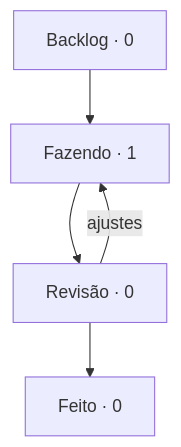
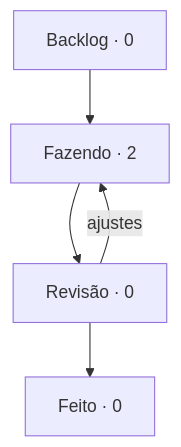
One commit to StudioVibi/VibiKanban changed the diagram in boards/harness/BOARD.md. Above: the diagram before and after it, drawn with Mermaid. The commit also changed other lines of this file and 2 other files, not shown here.

````diff
--- a/boards/harness/BOARD.md
+++ b/boards/harness/BOARD.md
@@ -5,10 +5,10 @@
 ```mermaid
 flowchart TD
-  backlog["Backlog · 0"] --> doing["Fazendo · 1"]
+  backlog["Backlog · 0"] --> doing["Fazendo · 2"]
   doing --> review["Revisão · 0"]
   review --> done["Feito · 0"]
   review -->|ajustes| doing
   doing:::blue
   review:::yellow
   done:::green
 ```
````
